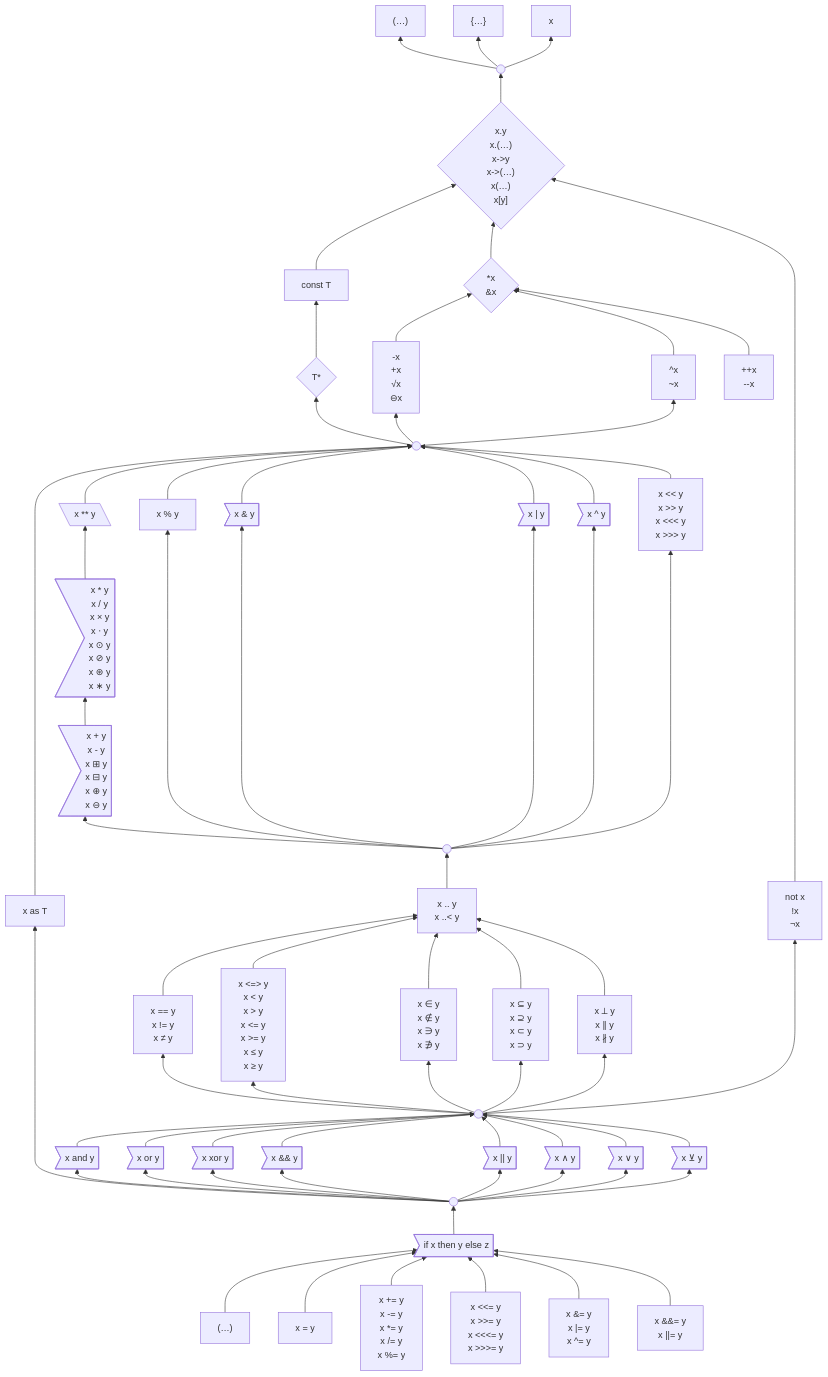
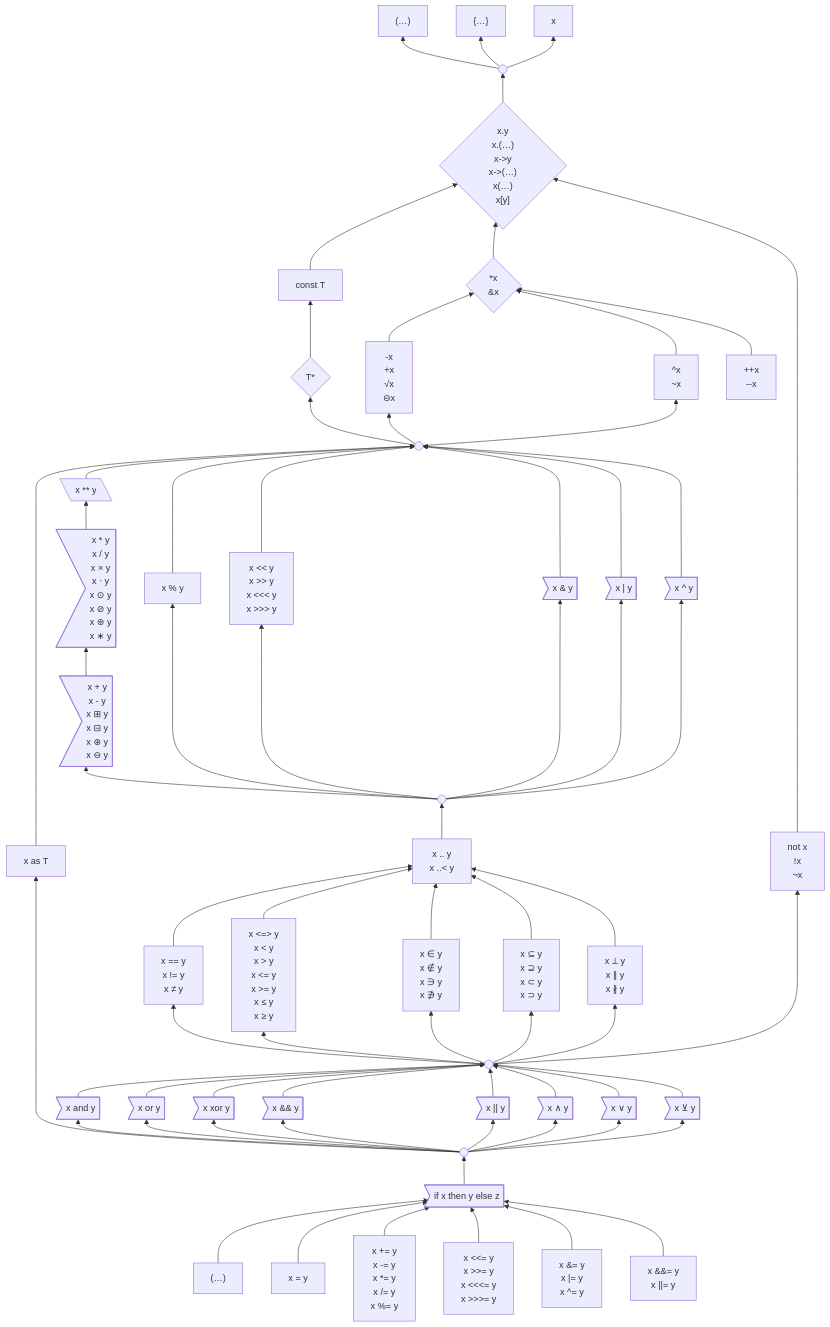
Before and after one commit to laro/Cilia: the first of 3 diagrams in 6 .../2 Unfinished Ideas.md, drawn with Mermaid.

Commit message:
Update 2 Unfinished Ideas.md

```diff
--- a/6 .../2 Unfinished Ideas.md
+++ b/6 .../2 Unfinished Ideas.md
@@ -204,7 +204,7 @@
     as ------> unary
     as["x as T"]
 
-    power & modulo & bitwiseAnd & bitwiseOr & bitwiseXor & shiftRotate --> unary
+    power --> unary
     power[\"x ** y"\]
 
     multiplication --> power
@@ -224,15 +224,15 @@
               x ⊕ y
               x ⊖ y"]
 
+    modulo & shiftRotate & bitwiseAnd & bitwiseOr & bitwiseXor ---> unary
     modulo["x % y"]
-    bitwiseAnd>"x & y"]
-    bitwiseOr>"x | y"]
-    bitwiseXor>"x ^ y"]
-
     shiftRotate["x << y
                  x >> y
                  x <<< y
                  x >>> y"]
+    bitwiseAnd>"x & y"]
+    bitwiseOr>"x | y"]
+    bitwiseXor>"x ^ y"]
 
     binaryOps --> addition & modulo & bitwiseAnd & bitwiseOr & bitwiseXor & shiftRotate
     binaryOps((" "))
```
